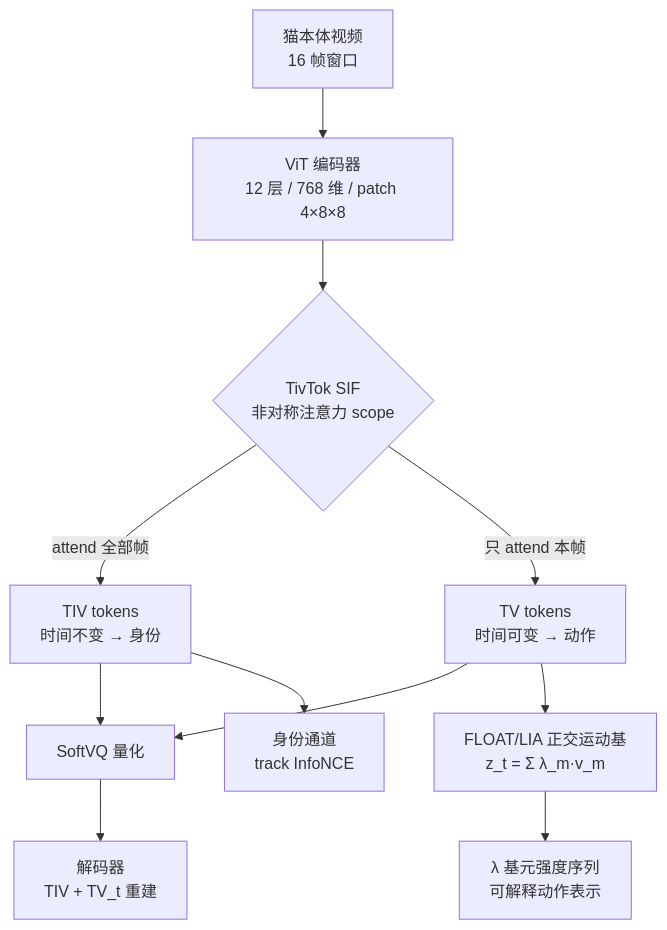
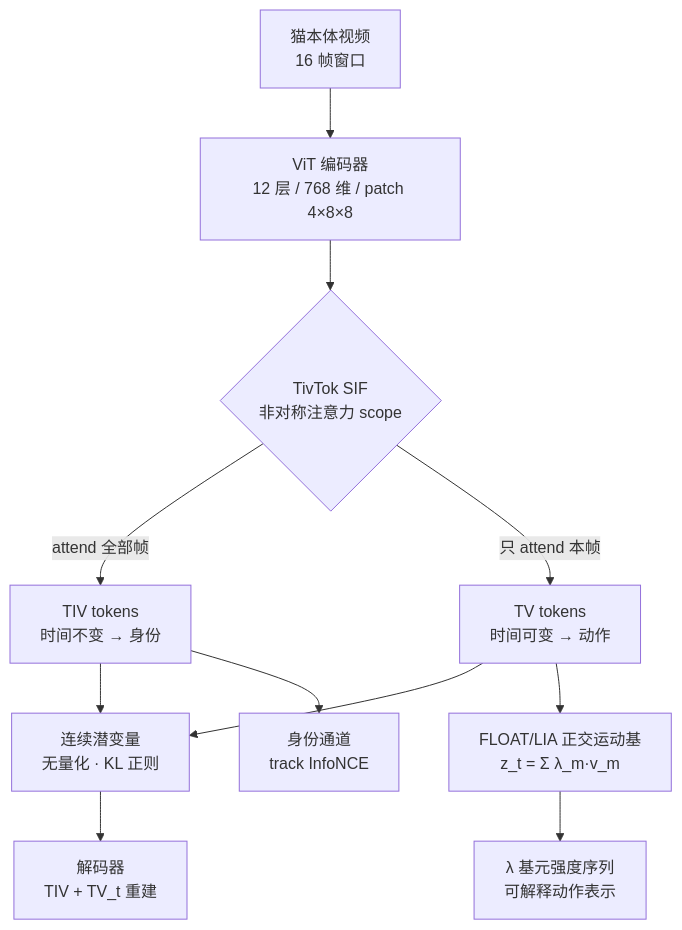
The third of 6 diagrams in management/docs/architecture-design.md (gongshangzheng/pet-action-recognition), drawn with Mermaid before and after one commit. The commit also changed other lines of this file and 4 other files, not shown here.

````diff
--- a/management/docs/architecture-design.md
+++ b/management/docs/architecture-design.md
@@ -113,17 +113,17 @@
 ```mermaid
 flowchart TD
     M1[猫本体视频<br/>16 帧窗口] --> M2[ViT 编码器<br/>12 层 / 768 维 / patch 4×8×8]
     M2 --> M3{TivTok SIF<br/>非对称注意力 scope}
 
     M3 -->|attend 全部帧| M4[TIV tokens<br/>时间不变 → 身份]
     M3 -->|只 attend 本帧| M5[TV tokens<br/>时间可变 → 动作]
 
-    M4 --> M6[SoftVQ 量化]
+    M4 --> M6[连续潜变量<br/>无量化 · KL 正则]
     M5 --> M6
 
     M5 --> M7[FLOAT/LIA 正交运动基<br/>z_t = Σ λ_m·v_m]
     M7 --> M8[λ 基元强度序列<br/>可解释动作表示]
 
     M6 --> M9[解码器<br/>TIV + TV_t 重建]
     M4 --> M10[身份通道<br/>track InfoNCE]
 ```
````
